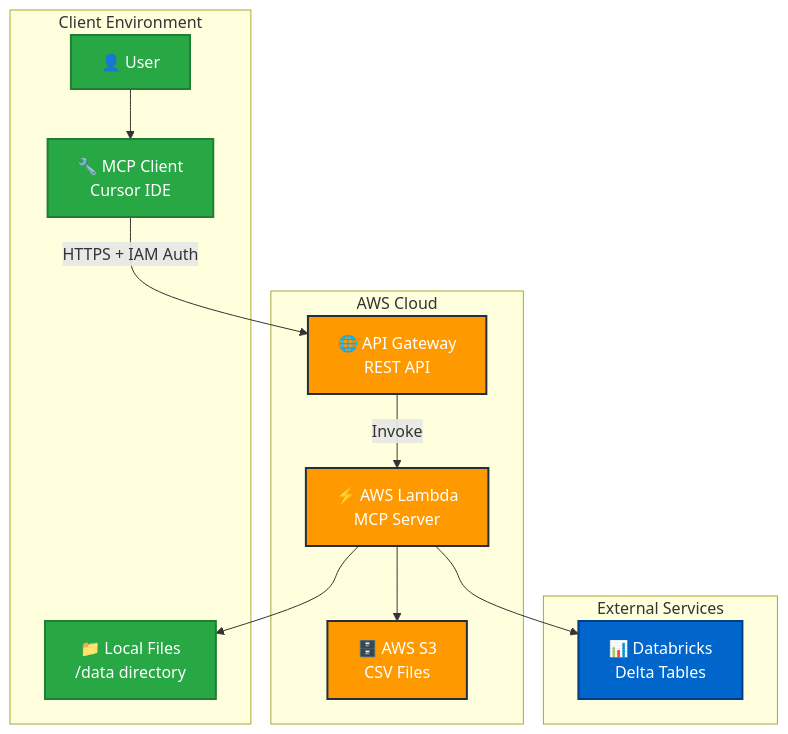
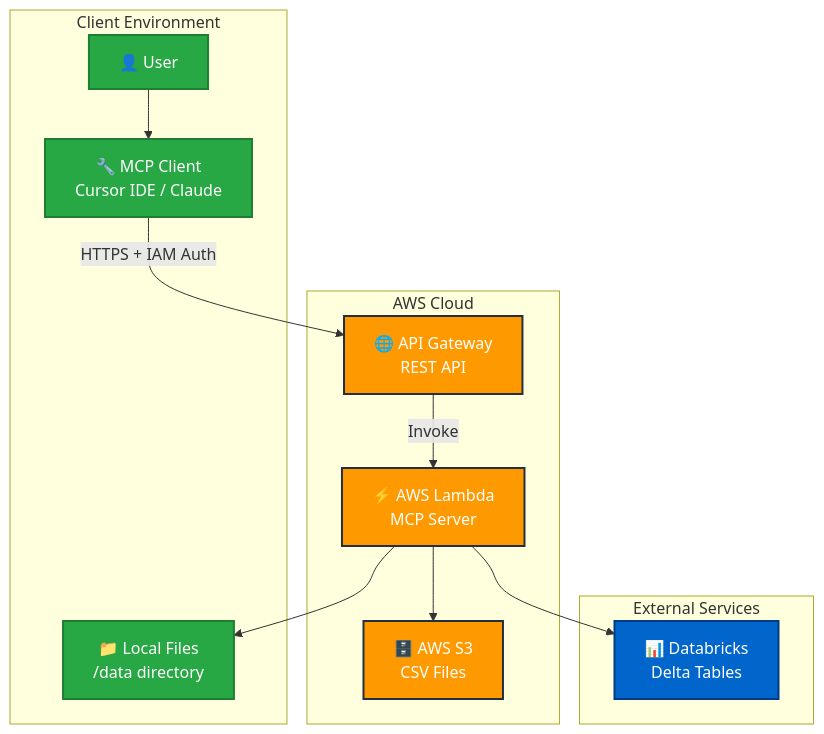
One commit to gauravkantrodtw/mini-mcp changed the diagram in 0003-mcp-server-aws-lambda-deployment-architecture.md. Above: the diagram before and after it, drawn with Mermaid. The commit also changed other lines of this file, not shown here.

Commit message:
Gaurav | added ADR

````diff
--- a/0003-mcp-server-aws-lambda-deployment-architecture.md
+++ b/0003-mcp-server-aws-lambda-deployment-architecture.md
@@ -26,34 +26,34 @@
 ```mermaid
 graph TB
-    User[👤 User] --> MCPClient[🔧 MCP Client<br/>Cursor IDE]
+    User[👤 User] --> MCPClient[🔧 MCP Client<br/>Cursor IDE / Claude]
     MCPClient --> |"HTTPS + IAM Auth"| APIGateway[🌐 API Gateway<br/>REST API]
     APIGateway --> |"Invoke"| Lambda[⚡ AWS Lambda<br/>MCP Server]
     
     Lambda --> S3[🗄️ AWS S3<br/>CSV Files]
     Lambda --> Delta[📊 Databricks<br/>Delta Tables]
     Lambda --> Local[📁 Local Files<br/>/data directory]
     
     subgraph "AWS Cloud"
         APIGateway
         Lambda
         S3
     end
     
     subgraph "External Services"
         Delta
     end
     
     subgraph "Client Environment"
         User
         MCPClient
         Local
     end
     
     classDef aws fill:#ff9900,stroke:#232f3e,stroke-width:2px,color:#fff
     classDef external fill:#0066cc,stroke:#003d82,stroke-width:2px,color:#fff
     classDef client fill:#28a745,stroke:#1e7e34,stroke-width:2px,color:#fff
     
     class APIGateway,Lambda,S3 aws
     class Delta external
     class User,MCPClient,Local client
 ```
````
